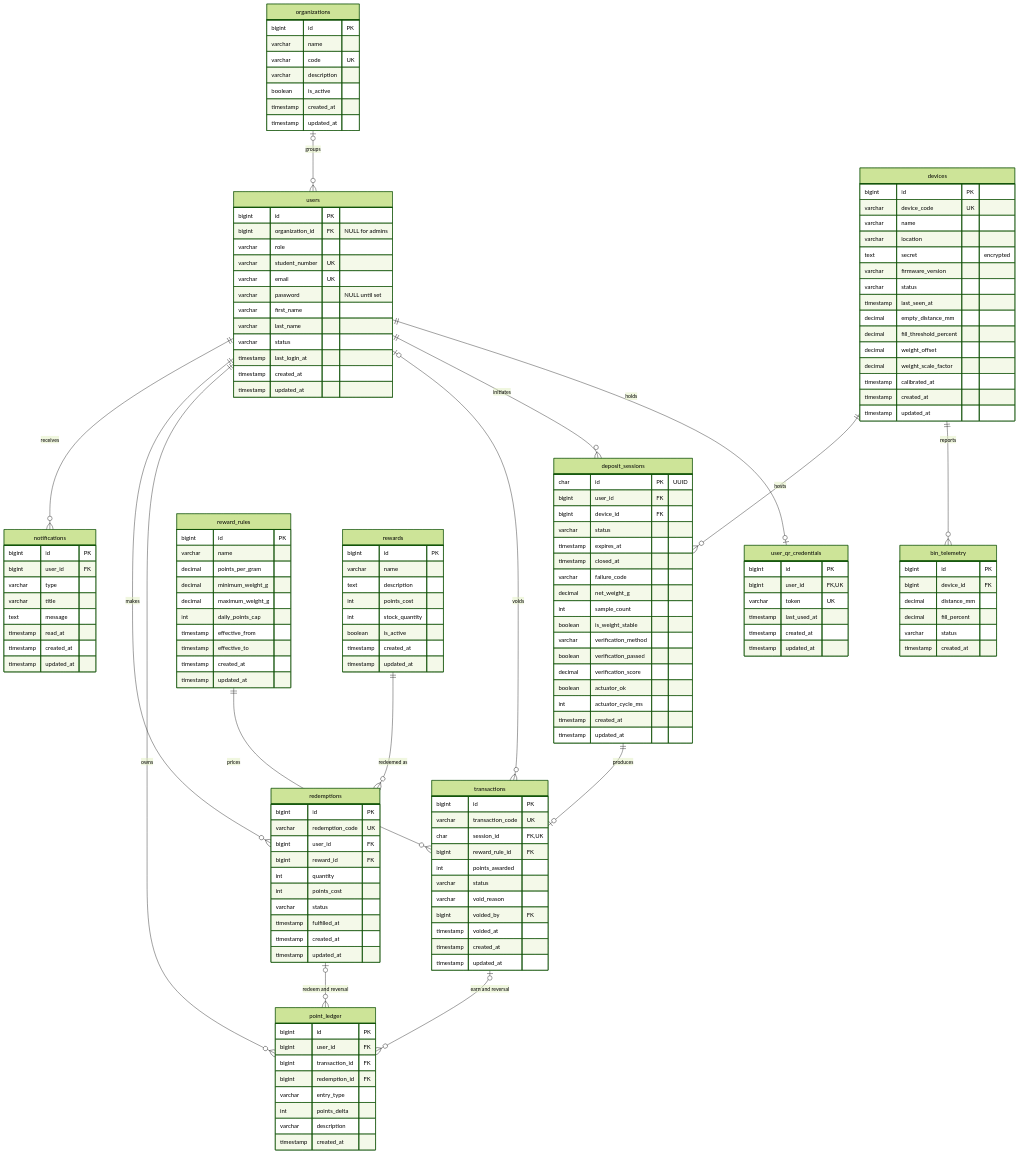
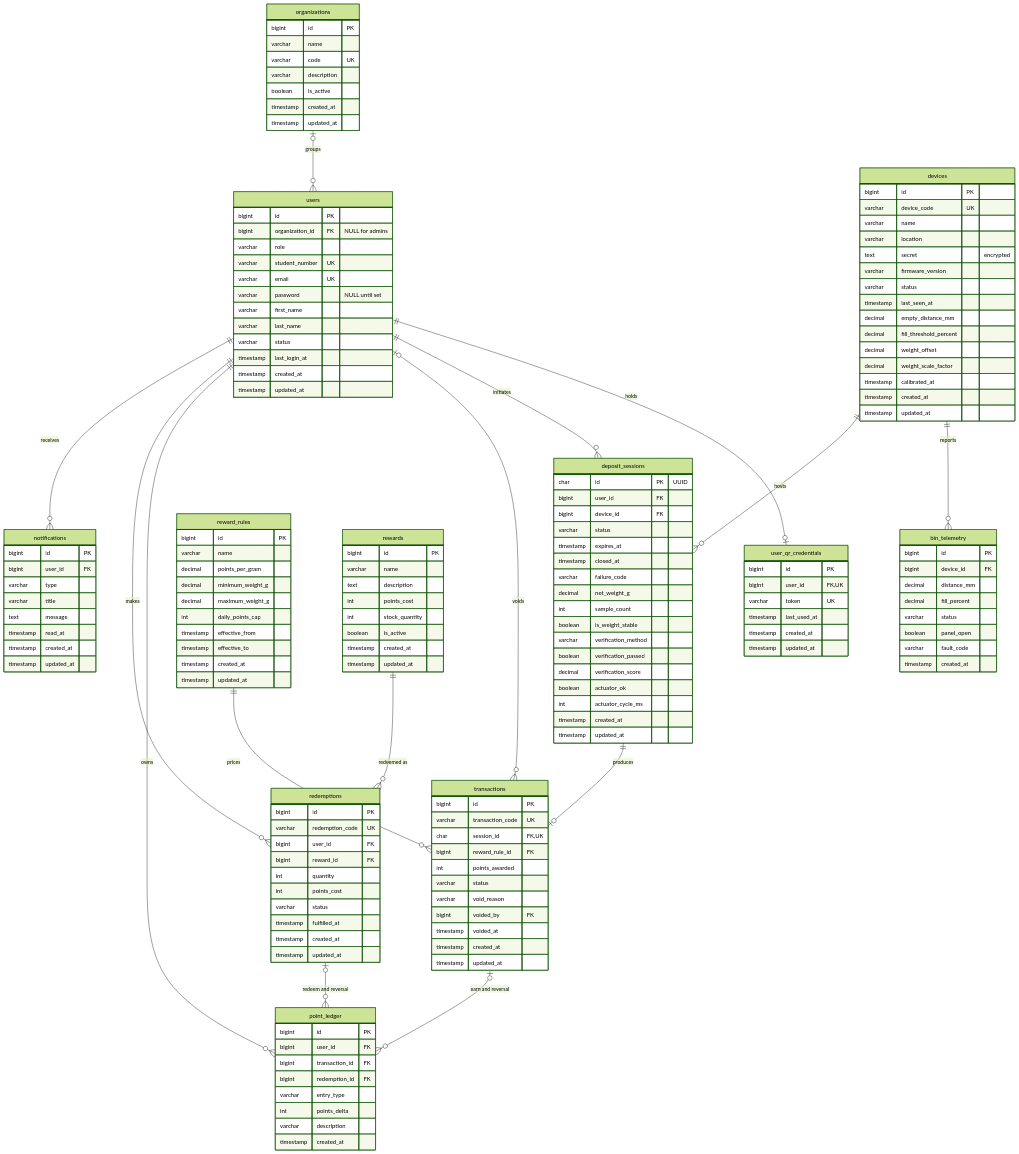
One commit to LPU-EMBL02E/smart-e-waste changed the diagram in docs/Database_ERD.mmd. Above: the diagram before and after it, drawn with Mermaid (forest theme). The commit also changed 3 other files, not shown here.

```diff
--- a/docs/Database_ERD.mmd
+++ b/docs/Database_ERD.mmd
@@ -1,169 +1,171 @@
 erDiagram
     organizations {
         bigint id PK
         varchar name
         varchar code UK
         varchar description
         boolean is_active
         timestamp created_at
         timestamp updated_at
     }
 
     users {
         bigint id PK
         bigint organization_id FK "NULL for admins"
         varchar role
         varchar student_number UK
         varchar email UK
         varchar password "NULL until set"
         varchar first_name
         varchar last_name
         varchar status
         timestamp last_login_at
         timestamp created_at
         timestamp updated_at
     }
 
     user_qr_credentials {
         bigint id PK
         bigint user_id FK, UK
         varchar token UK
         timestamp last_used_at
         timestamp created_at
         timestamp updated_at
     }
 
     devices {
         bigint id PK
         varchar device_code UK
         varchar name
         varchar location
         text secret "encrypted"
         varchar firmware_version
         varchar status
         timestamp last_seen_at
         decimal empty_distance_mm
         decimal fill_threshold_percent
         decimal weight_offset
         decimal weight_scale_factor
         timestamp calibrated_at
         timestamp created_at
         timestamp updated_at
     }
 
     bin_telemetry {
         bigint id PK
         bigint device_id FK
         decimal distance_mm
         decimal fill_percent
         varchar status
+        boolean panel_open
+        varchar fault_code
         timestamp created_at
     }
 
     deposit_sessions {
         char id PK "UUID"
         bigint user_id FK
         bigint device_id FK
         varchar status
         timestamp expires_at
         timestamp closed_at
         varchar failure_code
         decimal net_weight_g
         int sample_count
         boolean is_weight_stable
         varchar verification_method
         boolean verification_passed
         decimal verification_score
         boolean actuator_ok
         int actuator_cycle_ms
         timestamp created_at
         timestamp updated_at
     }
 
     reward_rules {
         bigint id PK
         varchar name
         decimal points_per_gram
         decimal minimum_weight_g
         decimal maximum_weight_g
         int daily_points_cap
         timestamp effective_from
         timestamp effective_to
         timestamp created_at
         timestamp updated_at
     }
 
     transactions {
         bigint id PK
         varchar transaction_code UK
         char session_id FK, UK
         bigint reward_rule_id FK
         int points_awarded
         varchar status
         varchar void_reason
         bigint voided_by FK
         timestamp voided_at
         timestamp created_at
         timestamp updated_at
     }
 
     point_ledger {
         bigint id PK
         bigint user_id FK
         bigint transaction_id FK
         bigint redemption_id FK
         varchar entry_type
         int points_delta
         varchar description
         timestamp created_at
     }
 
     rewards {
         bigint id PK
         varchar name
         text description
         int points_cost
         int stock_quantity
         boolean is_active
         timestamp created_at
         timestamp updated_at
     }
 
     redemptions {
         bigint id PK
         varchar redemption_code UK
         bigint user_id FK
         bigint reward_id FK
         int quantity
         int points_cost
         varchar status
         timestamp fulfilled_at
         timestamp created_at
         timestamp updated_at
     }
 
     notifications {
         bigint id PK
         bigint user_id FK
         varchar type
         varchar title
         text message
         timestamp read_at
         timestamp created_at
         timestamp updated_at
     }
 
     organizations |o--o{ users : "groups"
     users ||--o| user_qr_credentials : "holds"
     users ||--o{ deposit_sessions : "initiates"
     devices ||--o{ bin_telemetry : "reports"
     devices ||--o{ deposit_sessions : "hosts"
     deposit_sessions ||--o| transactions : "produces"
     reward_rules ||--o{ transactions : "prices"
     users |o--o{ transactions : "voids"
     users ||--o{ point_ledger : "owns"
     transactions |o--o{ point_ledger : "earn and reversal"
     redemptions |o--o{ point_ledger : "redeem and reversal"
     users ||--o{ redemptions : "makes"
     rewards ||--o{ redemptions : "redeemed as"
     users ||--o{ notifications : "receives"
```
